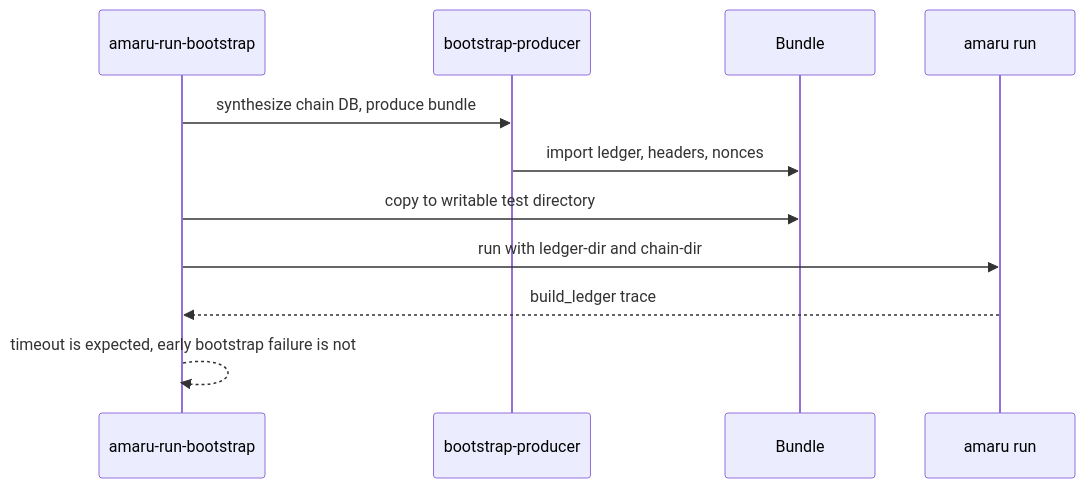
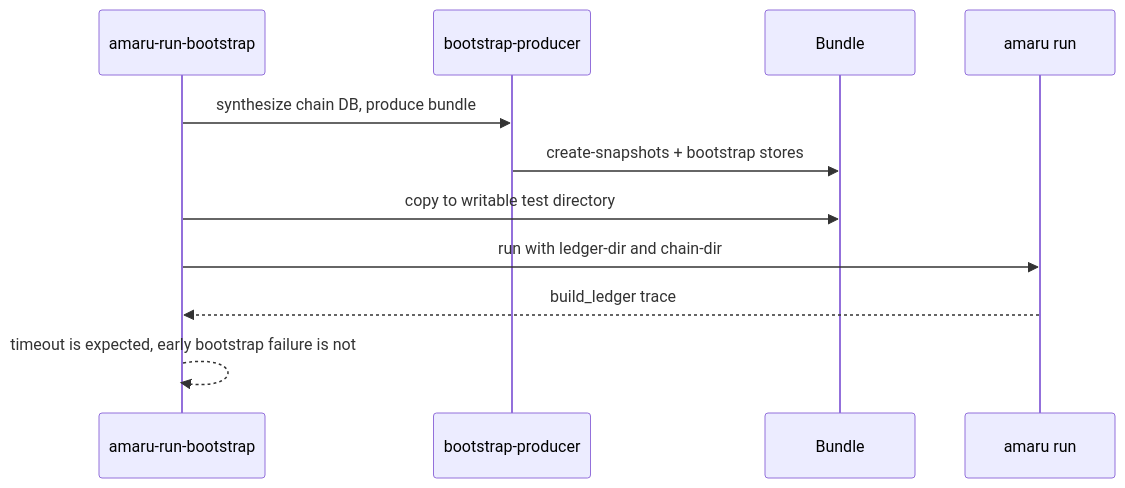
Before and after one commit to lambdasistemi/amaru-bootstrap: the eighth of 8 diagrams in docs/architecture.md, drawn with Mermaid. The commit also changed other lines of this file and 6 other files, not shown here.

Commit message:
docs: align site pages with the create-snapshots + bootstrap pipeline

````diff
--- a/docs/architecture.md
+++ b/docs/architecture.md
@@ -208,14 +230,14 @@
 ```mermaid
 sequenceDiagram
     participant Check as amaru-run-bootstrap
     participant Producer as bootstrap-producer
     participant Bundle as Bundle
     participant Amaru as amaru run
 
     Check->>Producer: synthesize chain DB, produce bundle
-    Producer->>Bundle: import ledger, headers, nonces
+    Producer->>Bundle: create-snapshots + bootstrap stores
     Check->>Bundle: copy to writable test directory
     Check->>Amaru: run with ledger-dir and chain-dir
     Amaru-->>Check: build_ledger trace
     Check-->>Check: timeout is expected, early bootstrap failure is not
 ```
````
